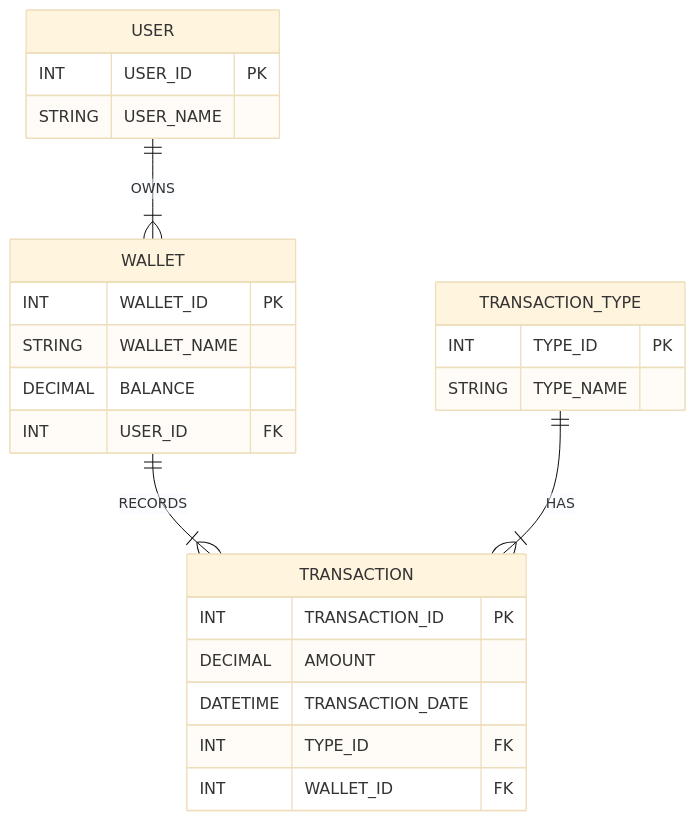
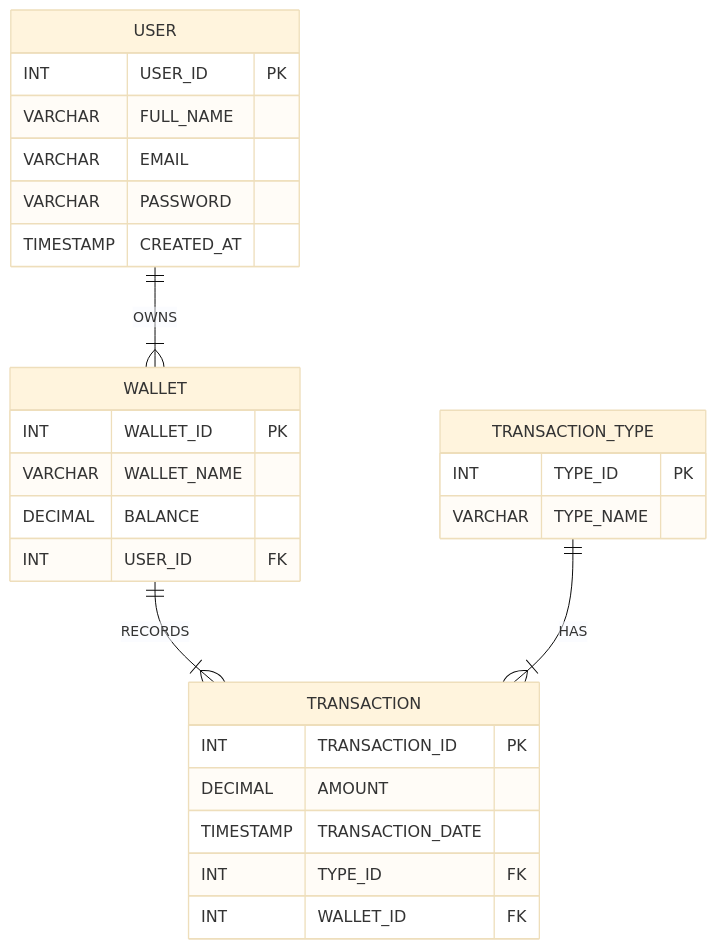
One commit to VirgilIw/koda-b6-db2 changed the diagram in README.md. Above: the diagram before and after it, drawn with Mermaid (base theme).

Commit message:
Refine data types in ER diagram
Updated data types in the entity-relationship diagram for USER, WALLET, and TRANSACTION.

````diff
--- a/README.md
+++ b/README.md
@@ -2,34 +2,35 @@
 ```mermaid 
 erDiagram
 
 USER {
     INT USER_ID PK
-    STRING USER_NAME
+    VARCHAR FULL_NAME
+    VARCHAR EMAIL
+    VARCHAR PASSWORD
+    TIMESTAMP CREATED_AT
 }
 
-WALLET{
+WALLET {
     INT WALLET_ID PK
-    STRING WALLET_NAME
+    VARCHAR WALLET_NAME
     DECIMAL BALANCE
     INT USER_ID FK
 }
 
 TRANSACTION_TYPE {
     INT TYPE_ID PK
-    STRING TYPE_NAME
+    VARCHAR TYPE_NAME
 }
 
 TRANSACTION {
     INT TRANSACTION_ID PK
     DECIMAL AMOUNT
-    DATETIME TRANSACTION_DATE
+    TIMESTAMP TRANSACTION_DATE
     INT TYPE_ID FK
     INT WALLET_ID FK
 }
 
 USER ||--|{ WALLET : OWNS
 WALLET ||--|{ TRANSACTION : RECORDS
 TRANSACTION_TYPE ||--|{ TRANSACTION : HAS
-
-
 ```
````
